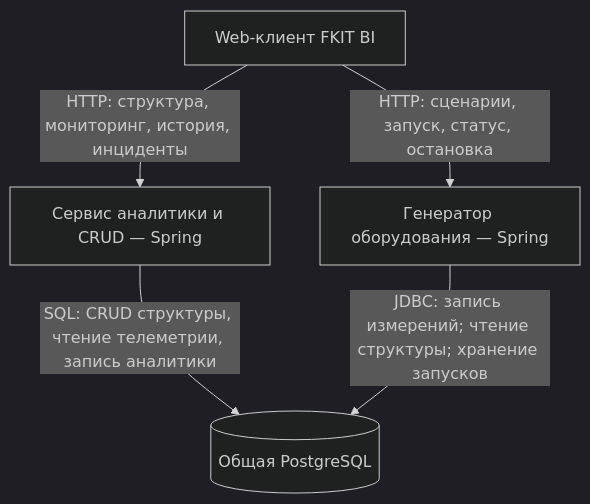
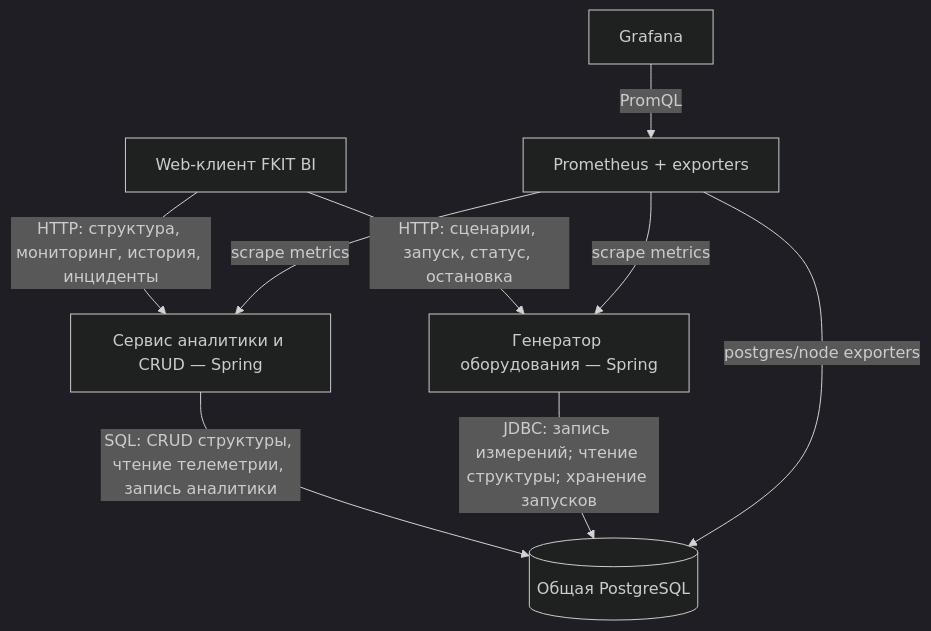
Before and after one commit to FKIT-BI/fkit-bi-infra: the first of 2 diagrams in docs/architecture/fkit-bi-components.md, drawn with Mermaid (dark theme). The commit also changed other lines of this file and 141 other files, not shown here.

Commit message:
docs(architecture): record backend and analytics specifications

````diff
--- a/docs/architecture/fkit-bi-components.md
+++ b/docs/architecture/fkit-bi-components.md
@@ -9,12 +9,18 @@
 ```mermaid
 flowchart TB
     W["Web-клиент FKIT BI"]
     B["Сервис аналитики и CRUD — Spring"]
     G["Генератор оборудования — Spring"]
     D[("Общая PostgreSQL")]
+    P["Prometheus + exporters"]
+    F["Grafana"]
 
     W -->|"HTTP: структура, мониторинг, история, инциденты"| B
     W -->|"HTTP: сценарии, запуск, статус, остановка"| G
     B -->|"SQL: CRUD структуры, чтение телеметрии, запись аналитики"| D
     G -->|"JDBC: запись измерений; чтение структуры; хранение запусков"| D
+    P -->|"scrape metrics"| B
+    P -->|"scrape metrics"| G
+    P -->|"postgres/node exporters"| D
+    F -->|"PromQL"| P
 ```
````
